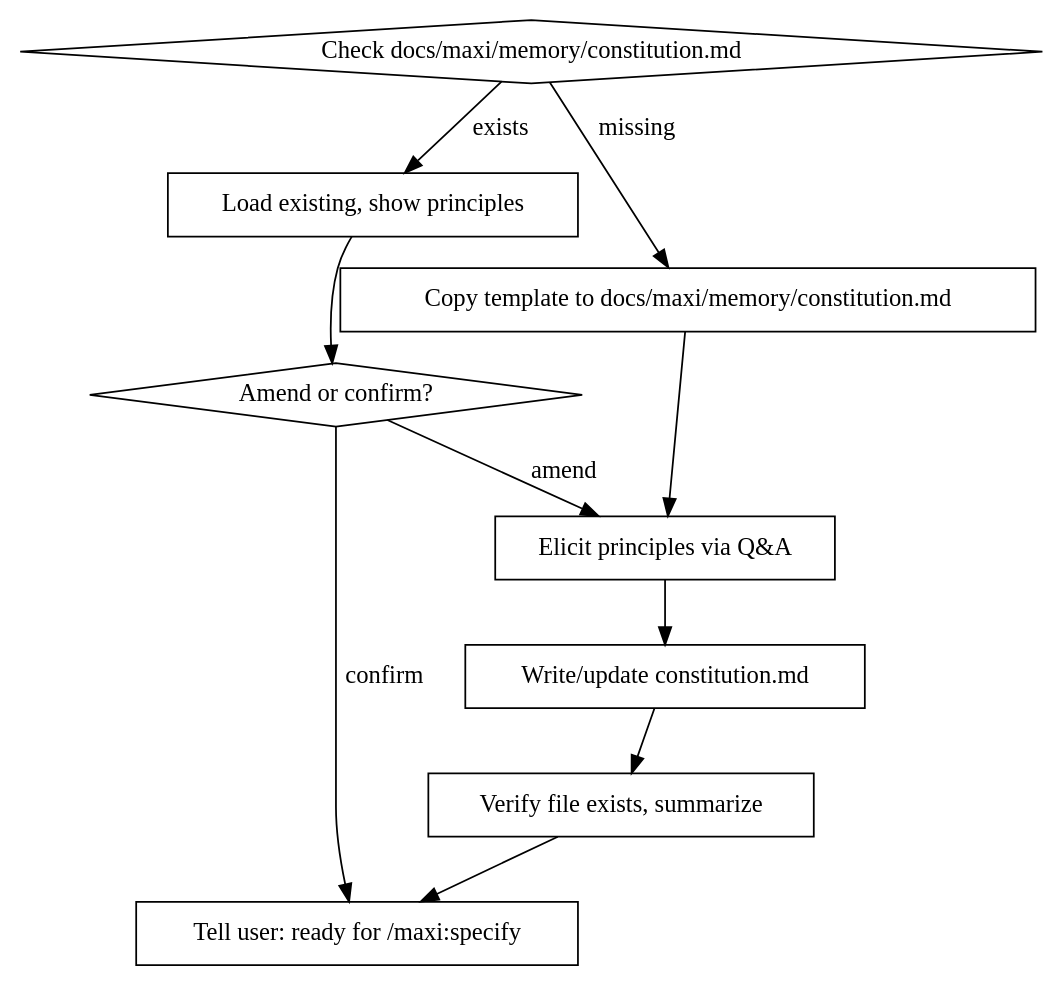
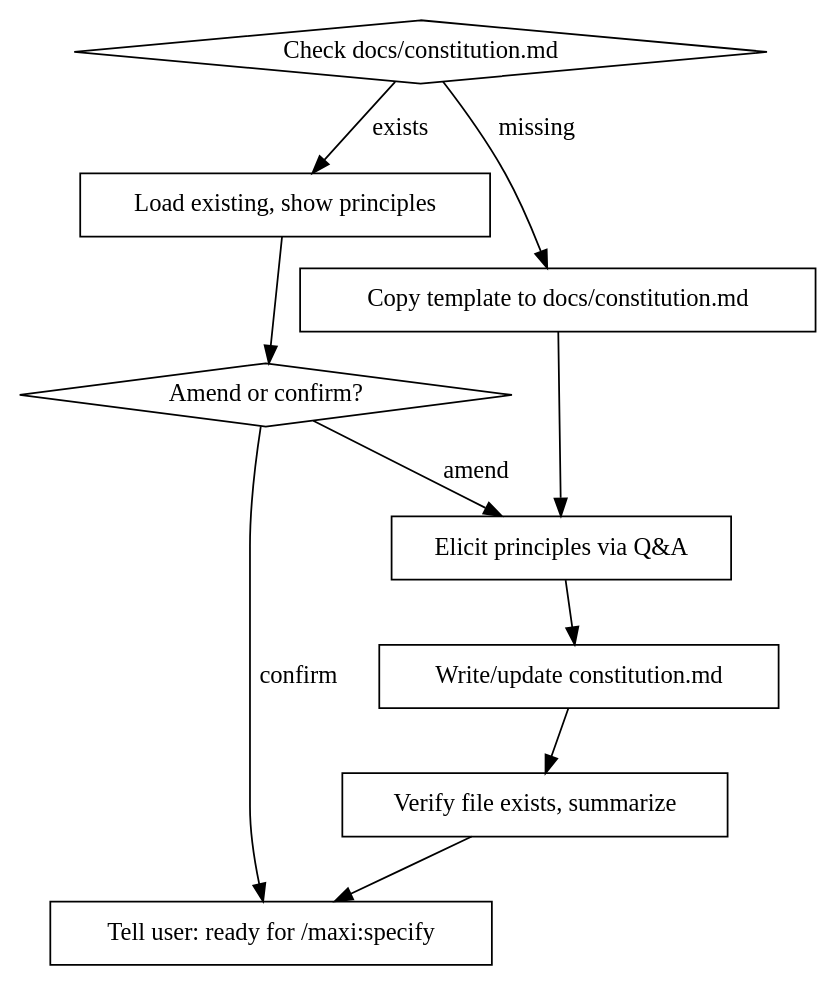
Before and after one commit to amoutiers/maxi-superpowers: the diagram in skills/constitution/SKILL.md, drawn with Graphviz. The commit also changed other lines of this file and 11 other files, not shown here.

````diff
--- a/skills/constitution/SKILL.md
+++ b/skills/constitution/SKILL.md
@@ -23,22 +23,22 @@
 ```dot
 digraph constitution {
-    "Check docs/maxi/memory/constitution.md" [shape=diamond];
+    "Check docs/constitution.md" [shape=diamond];
     "Load existing, show principles" [shape=box];
     "Amend or confirm?" [shape=diamond];
-    "Copy template to docs/maxi/memory/constitution.md" [shape=box];
+    "Copy template to docs/constitution.md" [shape=box];
     "Elicit principles via Q&A" [shape=box];
     "Write/update constitution.md" [shape=box];
     "Verify file exists, summarize" [shape=box];
     "Tell user: ready for /maxi:specify" [shape=box];
 
-    "Check docs/maxi/memory/constitution.md" -> "Load existing, show principles" [label="exists"];
-    "Check docs/maxi/memory/constitution.md" -> "Copy template to docs/maxi/memory/constitution.md" [label="missing"];
+    "Check docs/constitution.md" -> "Load existing, show principles" [label="exists"];
+    "Check docs/constitution.md" -> "Copy template to docs/constitution.md" [label="missing"];
     "Load existing, show principles" -> "Amend or confirm?";
     "Amend or confirm?" -> "Elicit principles via Q&A" [label="amend"];
     "Amend or confirm?" -> "Tell user: ready for /maxi:specify" [label="confirm"];
-    "Copy template to docs/maxi/memory/constitution.md" -> "Elicit principles via Q&A";
+    "Copy template to docs/constitution.md" -> "Elicit principles via Q&A";
     "Elicit principles via Q&A" -> "Write/update constitution.md";
     "Write/update constitution.md" -> "Verify file exists, summarize";
     "Verify file exists, summarize" -> "Tell user: ready for /maxi:specify";
 }
 ```
````
